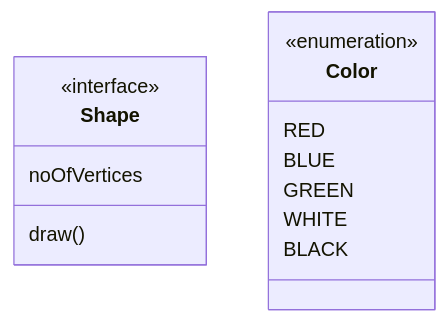
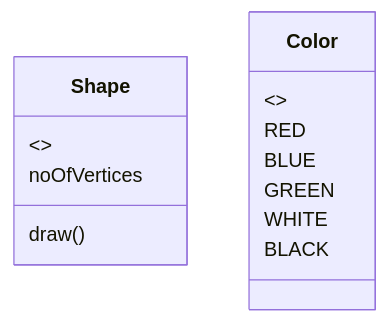
One commit to yanjinzh6/notes changed the eighth of 9 diagrams in development/markdown/markdown-mermaid-class-diagram.md. Above: the diagram before and after it, drawn with Mermaid. The commit also changed other lines of this file and 4 other files, not shown here.

````diff
--- a/development/markdown/markdown-mermaid-class-diagram.md
+++ b/development/markdown/markdown-mermaid-class-diagram.md
@@ -218,16 +220,16 @@
 ```mermaid
 classDiagram
   class Shape{
-    <<interface>>
+    <escape><<interface>></escape>
     noOfVertices
     draw()
   }
   class Color{
-    <<enumeration>>
+    <escape><<enumeration>></escape>
     RED
     BLUE
     GREEN
     WHITE
     BLACK
   }
 ```
````
